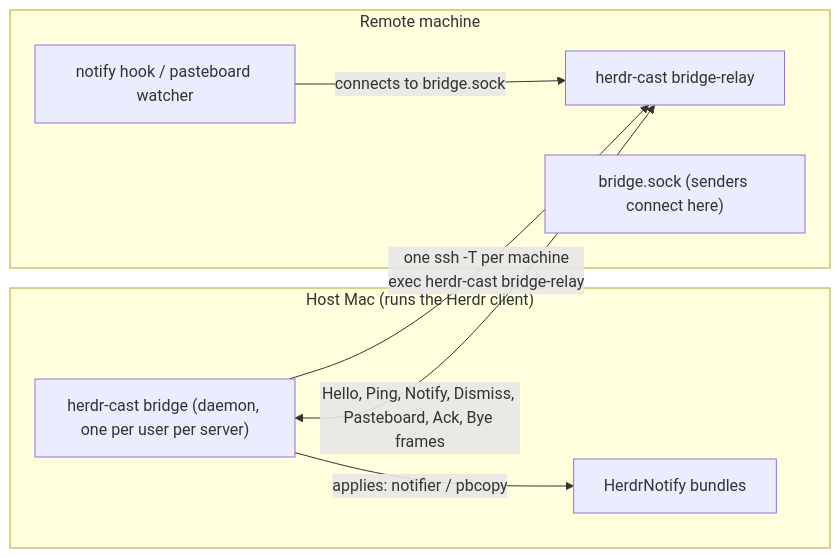
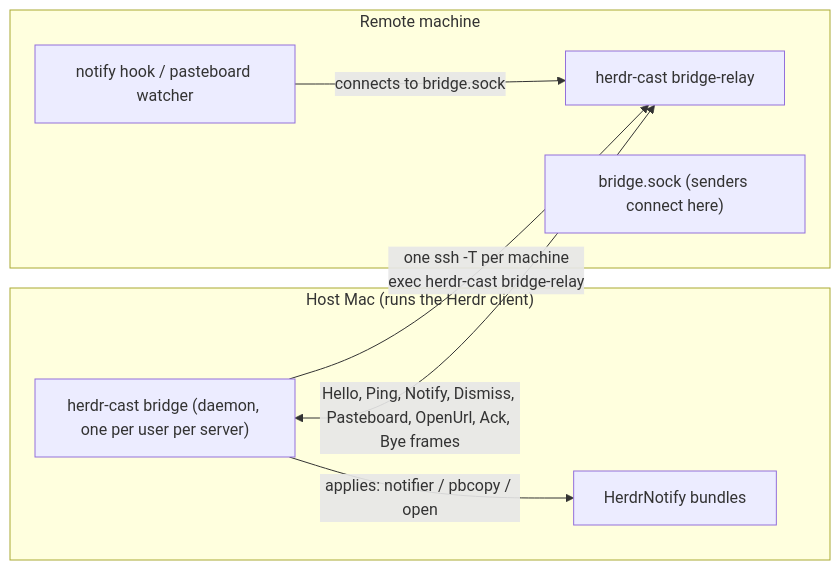
The diagram in docs/bridge.md (aliou/herdr-cast), drawn with Mermaid before and after one commit. The commit also changed other lines of this file and 7 other files, not shown here.

````diff
--- a/docs/bridge.md
+++ b/docs/bridge.md
@@ -9,16 +9,16 @@
 ```mermaid
 flowchart LR
     subgraph hostmac["Host Mac (runs the Herdr client)"]
         D["herdr-cast bridge (daemon, one per user per server)"]
         N["HerdrNotify bundles"]
     end
     subgraph remote["Remote machine"]
         R["herdr-cast bridge-relay"]
         S["bridge.sock (senders connect here)"]
         H["notify hook / pasteboard watcher"]
     end
     D -->|"one ssh -T per machine<br>exec herdr-cast bridge-relay"| R
-    R <-->|"Hello, Ping, Notify, Dismiss, Pasteboard, Ack, Bye frames"| D
+    R <-->|"Hello, Ping, Notify, Dismiss, Pasteboard, OpenUrl, Ack, Bye frames"| D
     H -->|"connects to bridge.sock"| R
-    D -->|"applies: notifier / pbcopy"| N
+    D -->|"applies: notifier / pbcopy / open"| N
 ```
````
